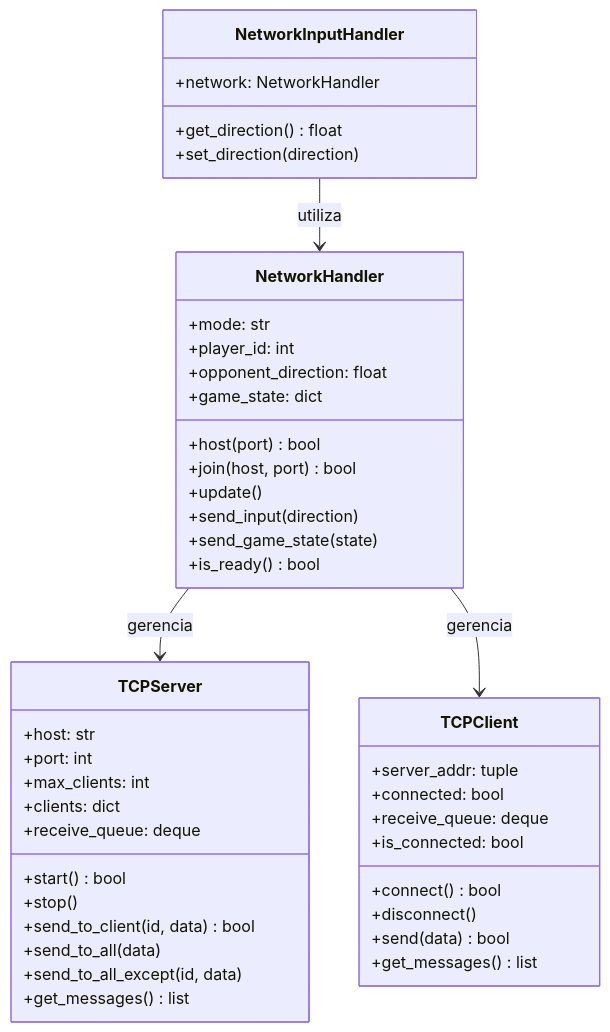
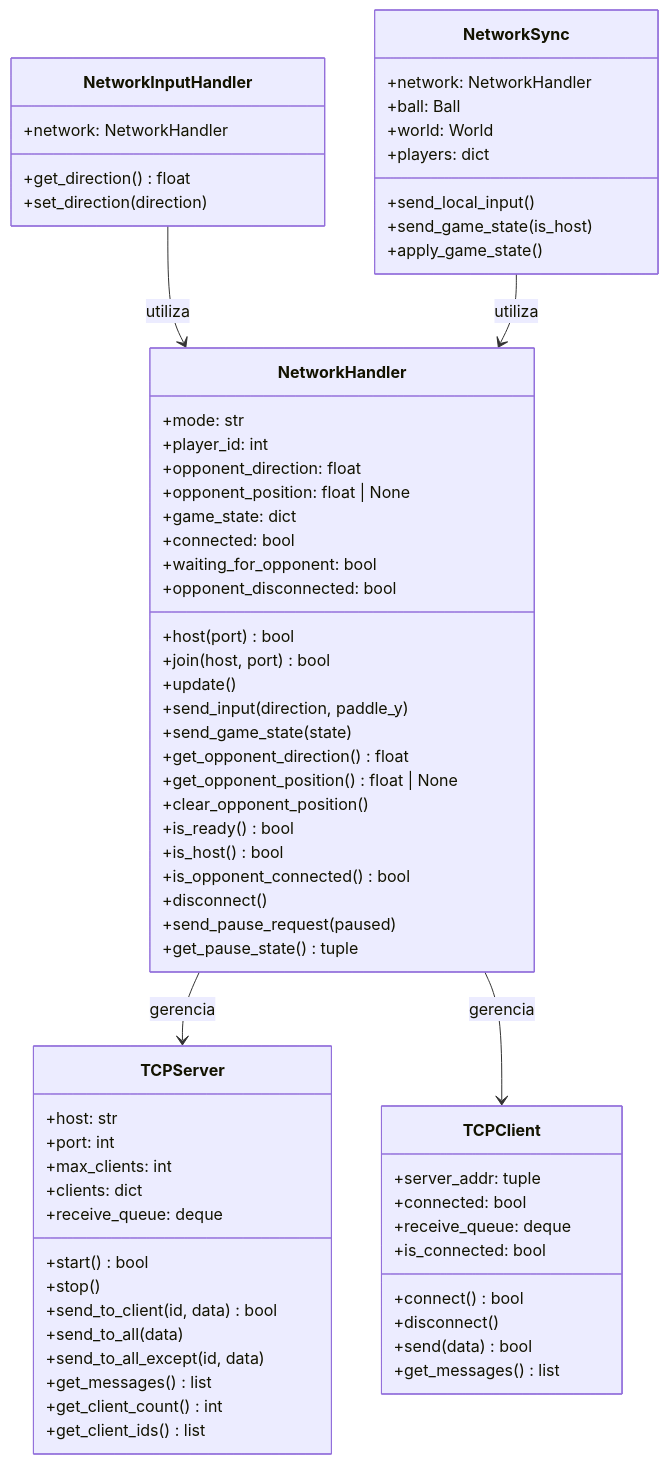
The third of 10 diagrams in docs/NETWORK_DOCUMENTATION.md (AlequeCic/Ultra-Pong), drawn with Mermaid before and after one commit.

Commit message:
docs: correcao documentacao

````diff
--- a/docs/NETWORK_DOCUMENTATION.md
+++ b/docs/NETWORK_DOCUMENTATION.md
@@ -128,50 +128,75 @@
 ```mermaid
 classDiagram
     class TCPServer {
         +host: str
         +port: int
         +max_clients: int
         +clients: dict
         +receive_queue: deque
         +start() bool
         +stop()
         +send_to_client(id, data) bool
         +send_to_all(data)
         +send_to_all_except(id, data)
         +get_messages() list
+        +get_client_count() int
+        +get_client_ids() list
     }
     
     class TCPClient {
         +server_addr: tuple
         +connected: bool
         +receive_queue: deque
         +connect() bool
         +disconnect()
         +send(data) bool
         +get_messages() list
         +is_connected: bool
     }
     
     class NetworkHandler {
         +mode: str
         +player_id: int
         +opponent_direction: float
+        +opponent_position: float | None
         +game_state: dict
+        +connected: bool
+        +waiting_for_opponent: bool
+        +opponent_disconnected: bool
         +host(port) bool
         +join(host, port) bool
         +update()
-        +send_input(direction)
+        +send_input(direction, paddle_y) 
         +send_game_state(state)
+        +get_opponent_direction() float
+        +get_opponent_position() float | None
+        +clear_opponent_position()
         +is_ready() bool
+        +is_host() bool
+        +is_opponent_connected() bool
+        +disconnect()
+        +send_pause_request(paused)
+        +get_pause_state() tuple
     }
     
     class NetworkInputHandler {
         +network: NetworkHandler
         +get_direction() float
         +set_direction(direction)
     }
     
+    class NetworkSync {
+        +network: NetworkHandler
+        +ball: Ball
+        +world: World
+        +players: dict
+        +send_local_input()
+        +send_game_state(is_host)
+        +apply_game_state()
+    }
+    
     NetworkHandler --> TCPServer : gerencia
     NetworkHandler --> TCPClient : gerencia
     NetworkInputHandler --> NetworkHandler : utiliza
+    NetworkSync --> NetworkHandler : utiliza
 ```
````
